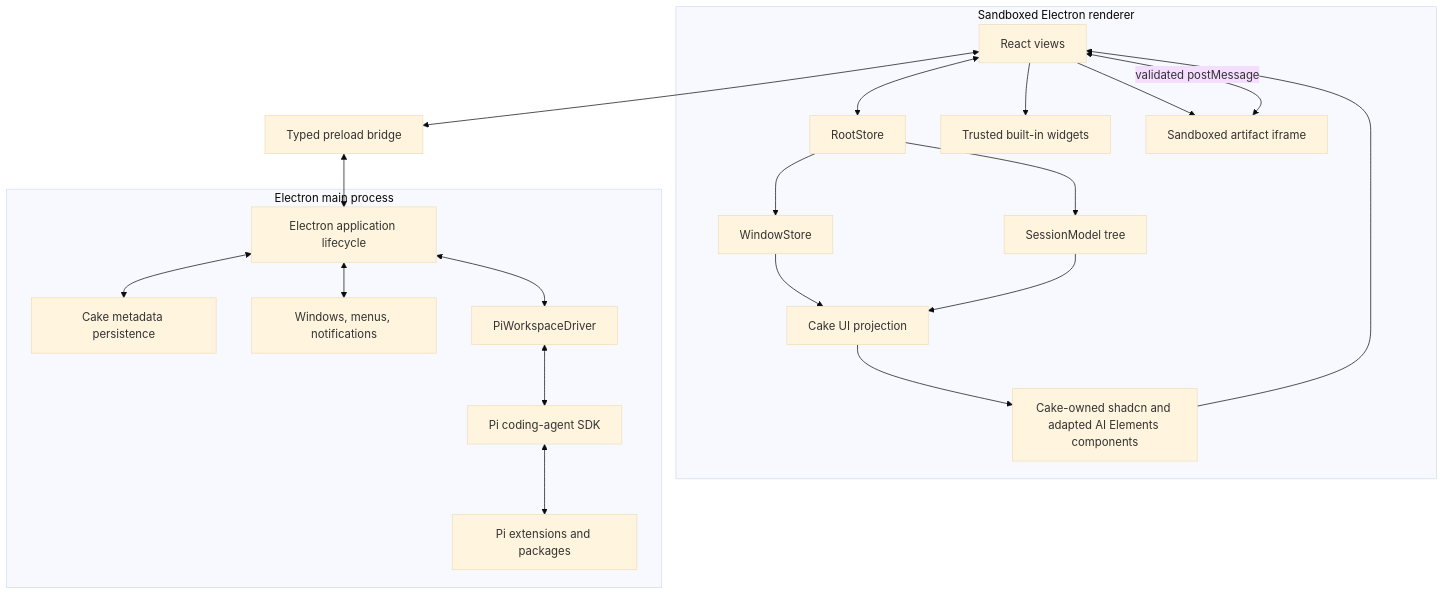
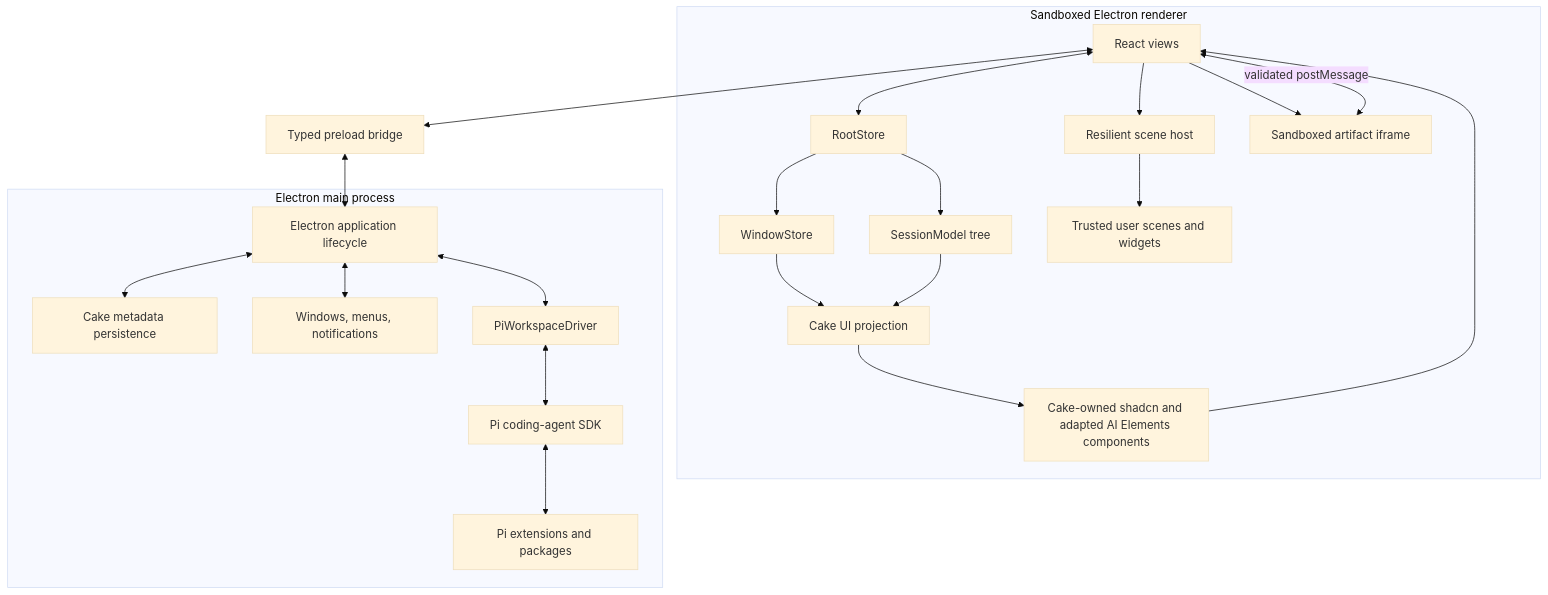
Before and after one commit to melnikov-s/cake: the second of 2 diagrams in PLAN.md, drawn with Mermaid (base theme). The commit also changed other lines of this file and 32 other files, not shown here.

````diff
--- a/PLAN.md
+++ b/PLAN.md
@@ -185,42 +192,44 @@
 ```mermaid
 flowchart TB
     subgraph Renderer["Sandboxed Electron renderer"]
         React["React views"]
         RootStore["RootStore"]
         SessionModel["SessionModel tree"]
         WindowStore["WindowStore"]
         UiAdapter["Cake UI projection"]
         Components["Cake-owned shadcn and adapted AI Elements components"]
-        Builtins["Trusted built-in widgets"]
+        SceneHost["Resilient scene host"]
+        UserWidgets["Trusted user scenes and widgets"]
         Frame["Sandboxed artifact iframe"]
         React <--> RootStore
         RootStore --> SessionModel
         RootStore --> WindowStore
         WindowStore --> UiAdapter
         SessionModel --> UiAdapter
         UiAdapter --> Components
         Components --> React
-        React --> Builtins
+        React --> SceneHost
+        SceneHost --> UserWidgets
         React --> Frame
     end
 
     Preload["Typed preload bridge"]
 
     subgraph Main["Electron main process"]
         Lifecycle["Electron application lifecycle"]
         Persist["Cake metadata persistence"]
         Windows["Windows, menus, notifications"]
         Adapter["PiWorkspaceDriver"]
         Pi["Pi coding-agent SDK"]
         Extensions["Pi extensions and packages"]
         Adapter <--> Pi
         Pi <--> Extensions
     end
 
     React <--> Preload
     Preload <--> Lifecycle
     Lifecycle <--> Persist
     Lifecycle <--> Windows
     Lifecycle <--> Adapter
     Frame <-->|"validated postMessage"| React
 ```
````
